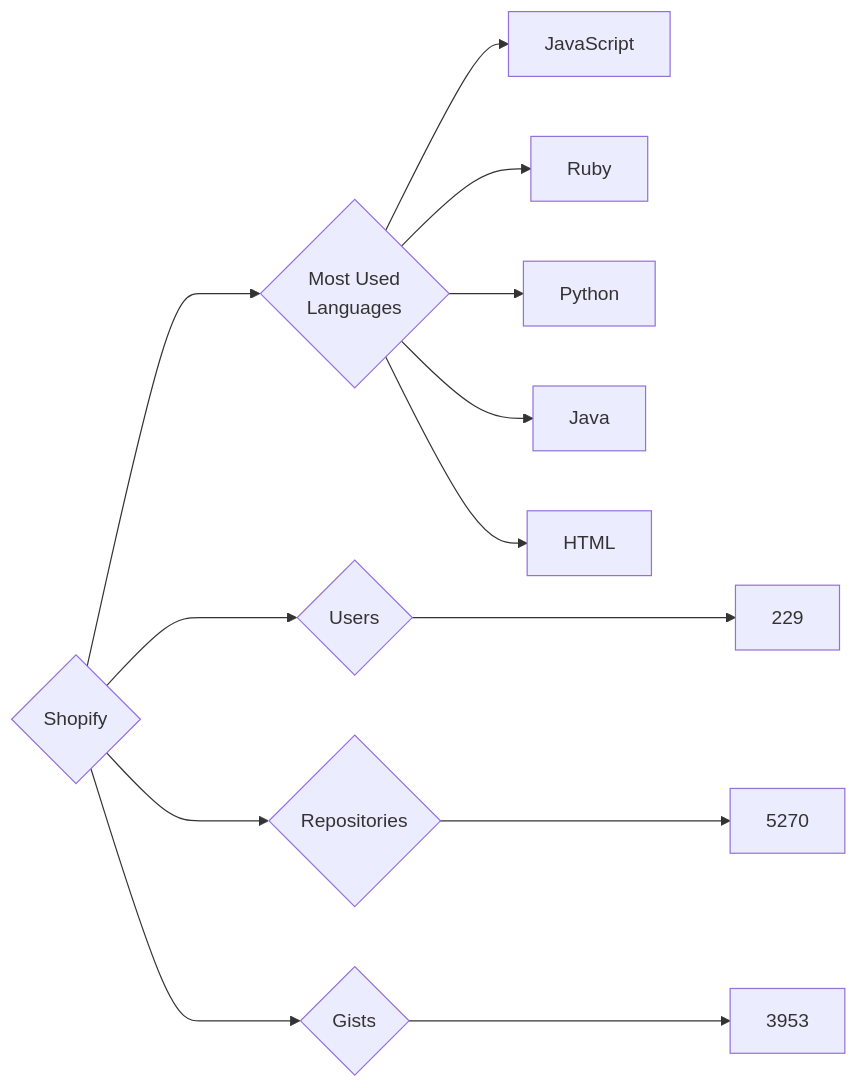
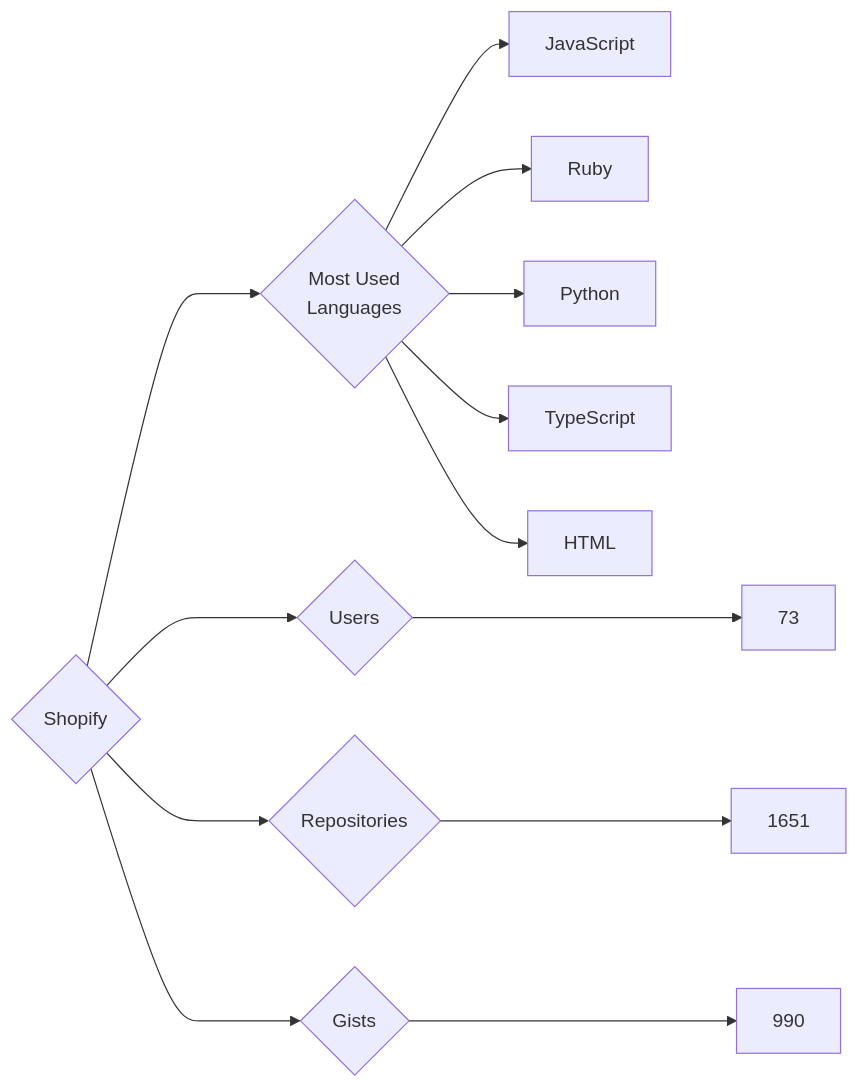
One commit to trickest/insiders changed the diagram in targets/Shopify/README.md. Above: the diagram before and after it, drawn with Mermaid. The commit also changed 715 other files, not shown here.

````diff
--- a/targets/Shopify/README.md
+++ b/targets/Shopify/README.md
@@ -3,13 +3,13 @@
 ```mermaid
 graph LR
 COMPANY_NAME{Shopify}
-COMPANY_NAME ---> U{Users} ---> UN[229]
-COMPANY_NAME ---> R{Repositories} ---> RN[5270]
-COMPANY_NAME ---> G{Gists} ---> GN[3953]
+COMPANY_NAME ---> U{Users} ---> UN[73]
+COMPANY_NAME ---> R{Repositories} ---> RN[1651]
+COMPANY_NAME ---> G{Gists} ---> GN[990]
 COMPANY_NAME ---> ML{Most Used<br>Languages}
 ML --> JavaScript[JavaScript]
 ML --> Ruby[Ruby]
 ML --> Python[Python]
-ML --> Java[Java]
+ML --> TypeScript[TypeScript]
 ML --> HTML[HTML]
 ```
````
